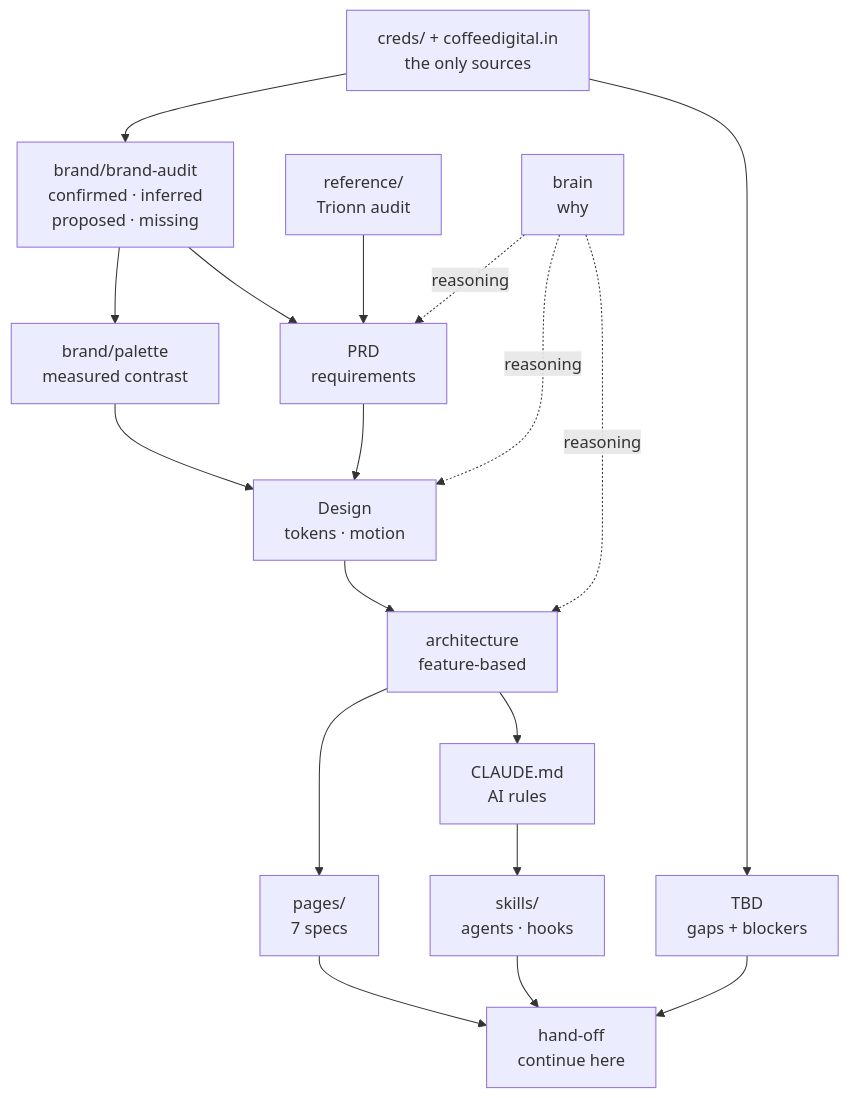
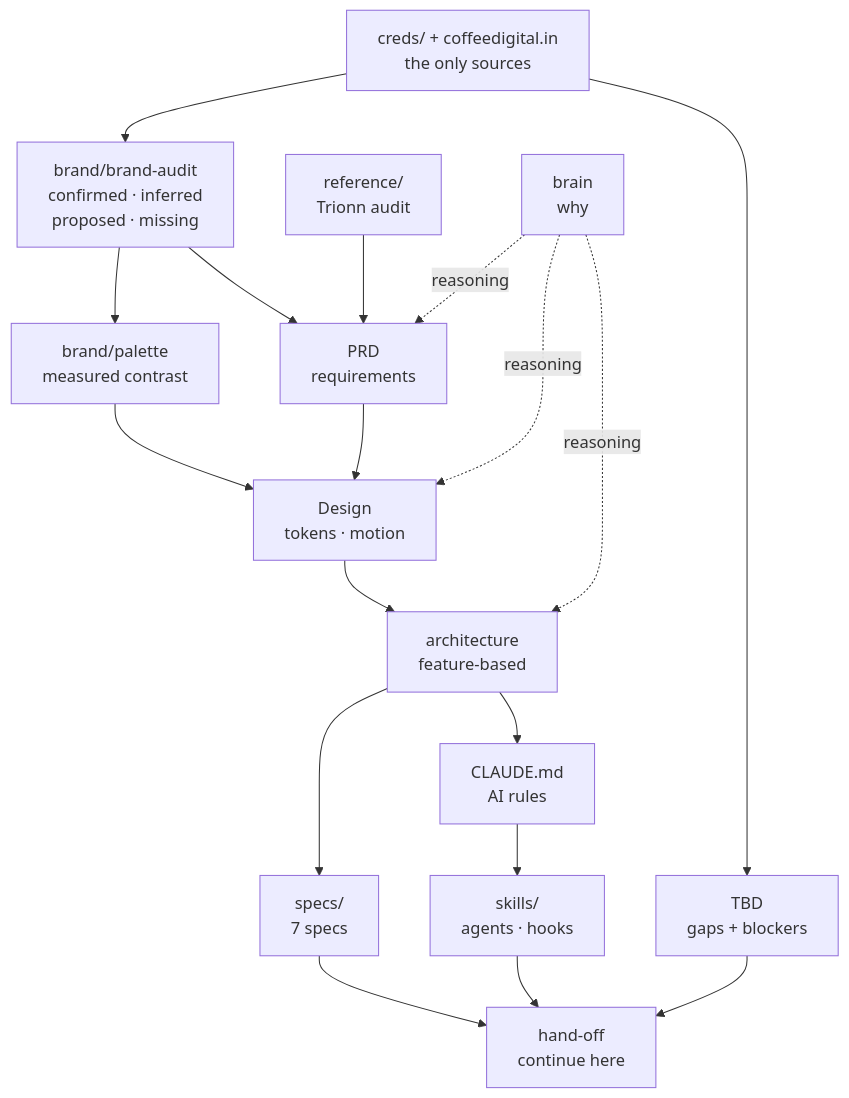
The diagram in README.md (harsh4k/3dwebs), drawn with Mermaid before and after one commit. The commit also changed other lines of this file and 230 other files, not shown here.

````diff
--- a/README.md
+++ b/README.md
@@ -23,27 +23,27 @@
 ```mermaid
 graph TD
   CREDS["creds/ + coffeedigital.in<br/>the only sources"]
   AUDIT["brand/brand-audit<br/>confirmed · inferred<br/>proposed · missing"]
   PAL["brand/palette<br/>measured contrast"]
   REF["reference/<br/>Trionn audit"]
   PRD["PRD<br/>requirements"]
   DES["Design<br/>tokens · motion"]
   ARCH["architecture<br/>feature-based"]
-  PAGES["pages/<br/>7 specs"]
+  PAGES["specs/<br/>7 specs"]
   CL["CLAUDE.md<br/>AI rules"]
   SK["skills/<br/>agents · hooks"]
   TBD["TBD<br/>gaps + blockers"]
   BRAIN["brain<br/>why"]
   HO["hand-off<br/>continue here"]
 
   CREDS --> AUDIT --> PAL
   CREDS --> TBD
   REF --> PRD
   AUDIT --> PRD --> DES --> ARCH --> PAGES
   PAL --> DES
   ARCH --> CL --> SK
   PAGES --> HO
   TBD --> HO
   BRAIN -.reasoning.-> PRD & DES & ARCH
   SK --> HO
 ```
````
